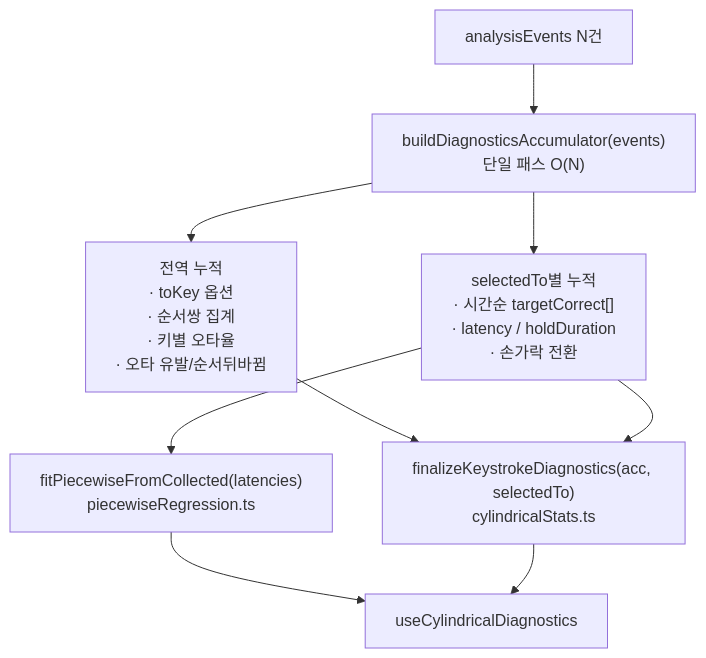
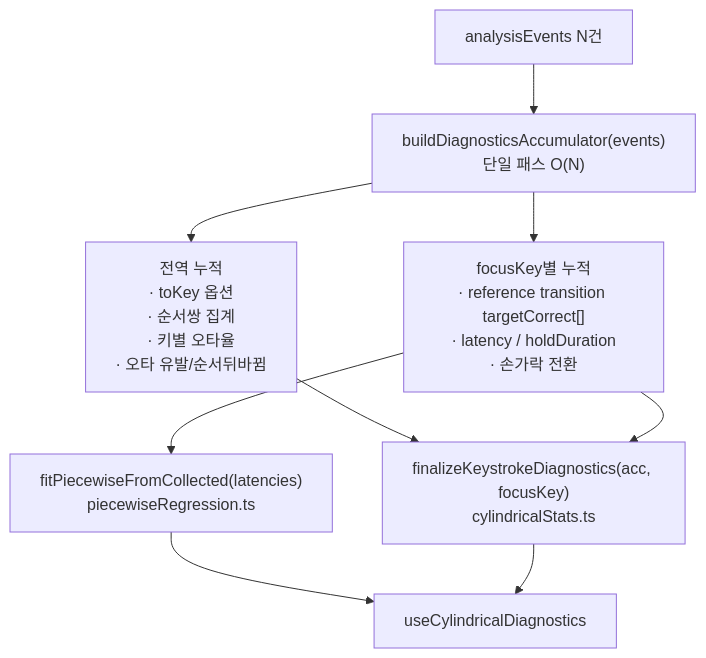
The third of 3 diagrams in docs/DIAGNOSTICS.md (JSkutor/typediag), drawn with Mermaid before and after one commit. The commit also changed other lines of this file and 19 other files, not shown here.

First line of the commit message:
feat(diagnostics): cloud typing UI, focusKey rename, and dev scatter

````diff
--- a/docs/DIAGNOSTICS.md
+++ b/docs/DIAGNOSTICS.md
@@ -166,12 +420,12 @@
 ```mermaid
 flowchart TD
     Events[analysisEvents N건]
     --> Acc["buildDiagnosticsAccumulator(events)\n단일 패스 O(N)"]
     Acc --> Global["전역 누적\n· toKey 옵션\n· 순서쌍 집계\n· 키별 오타율\n· 오타 유발/순서뒤바뀜"]
-    Acc --> PerKey["selectedTo별 누적\n· 시간순 targetCorrect[]\n· latency / holdDuration\n· 손가락 전환"]
+    Acc --> PerKey["focusKey별 누적\n· reference transition targetCorrect[]\n· latency / holdDuration\n· 손가락 전환"]
     PerKey --> PW["fitPiecewiseFromCollected(latencies)\npiecewiseRegression.ts"]
-    Global --> KS["finalizeKeystrokeDiagnostics(acc, selectedTo)\ncylindricalStats.ts"]
+    Global --> KS["finalizeKeystrokeDiagnostics(acc, focusKey)\ncylindricalStats.ts"]
     PerKey --> KS
     PW --> Hook["useCylindricalDiagnostics"]
     KS --> Hook
 ```
````
